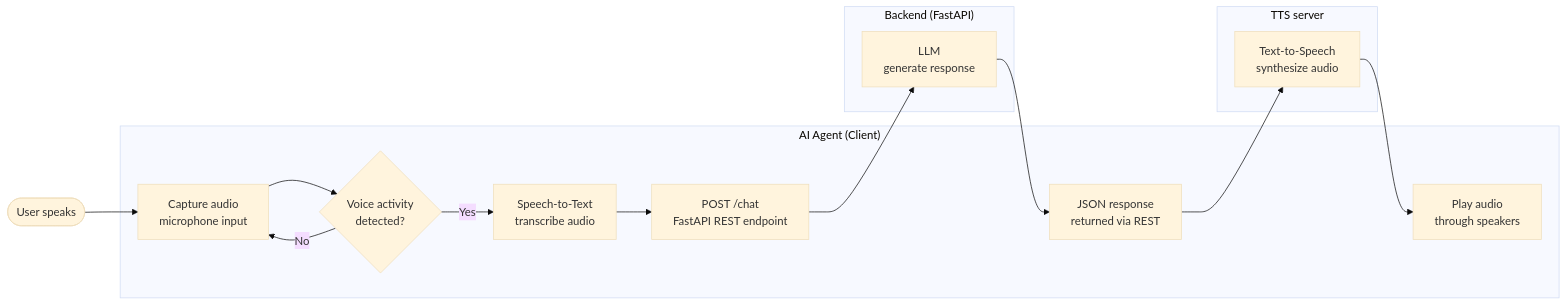
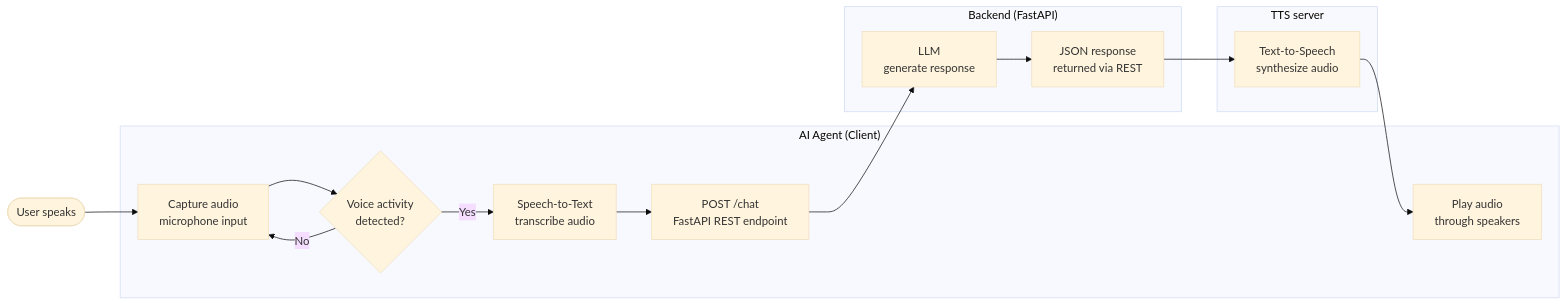
Before and after one commit to CREUZEDorian/intelligent-agent: the diagram in ai-agent-flow-detailed.md, drawn with Mermaid (base theme).

Commit message:
Remove node H from the flow diagram

````diff
--- a/ai-agent-flow-detailed.md
+++ b/ai-agent-flow-detailed.md
@@ -1,29 +1,28 @@
 ```mermaid
 flowchart LR
     A([User speaks]) --> B[Capture audio<br/>microphone input]
     B --> C{Voice activity<br/>detected?}
     C -- No --> B
     C -- Yes --> D[Speech-to-Text<br/>transcribe audio]
     D --> F[POST /chat<br/>FastAPI REST endpoint]
     F --> G[LLM<br/>generate response]
     G --> H[JSON response<br/>returned via REST]
     H --> I[Text-to-Speech<br/>synthesize audio]
     I --> J[Play audio<br/>through speakers]
 
     subgraph Client["AI Agent (Client)"]
         B
         C
         D
         F
-        H
         J
     end
 
     subgraph Server["Backend (FastAPI)"]
         G
         H
     end
     subgraph TTS["TTS server"]
         I
     end
 ```
````
